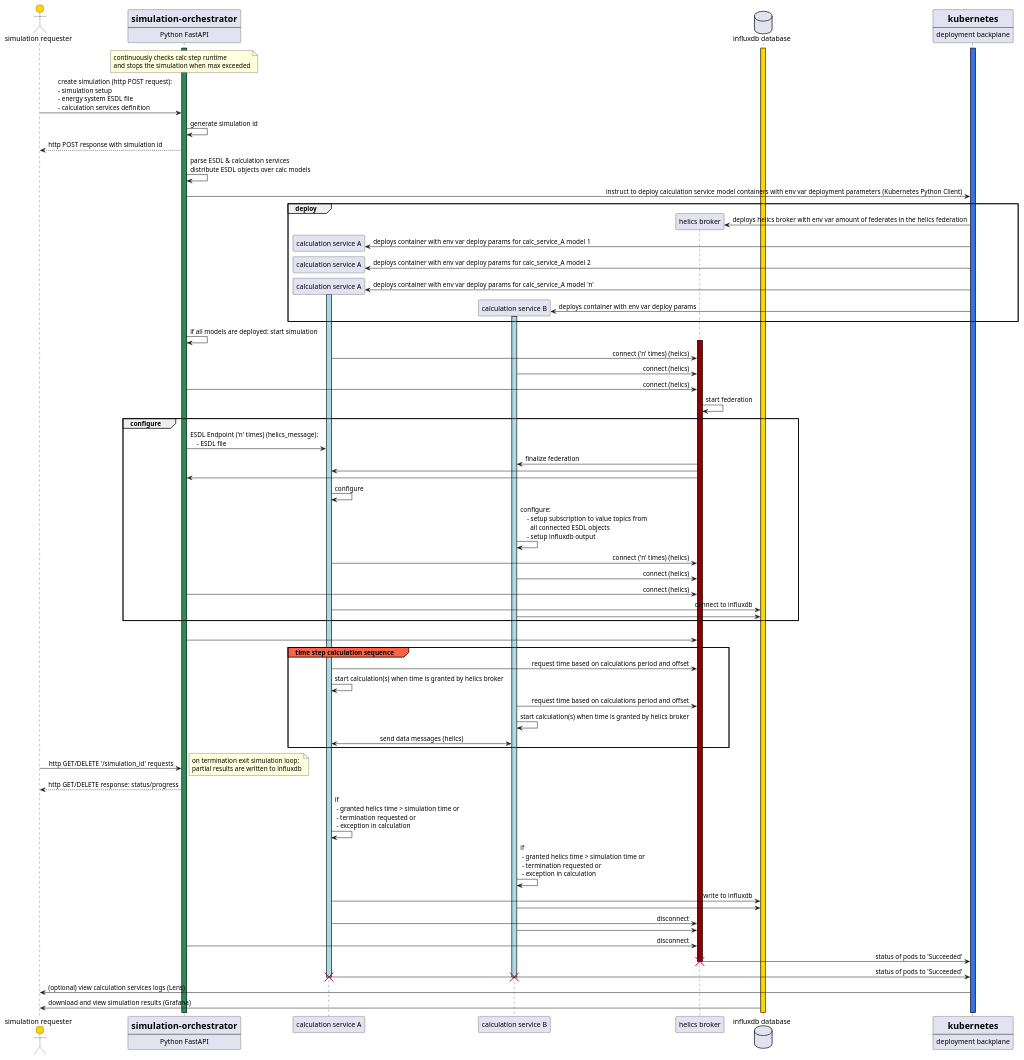
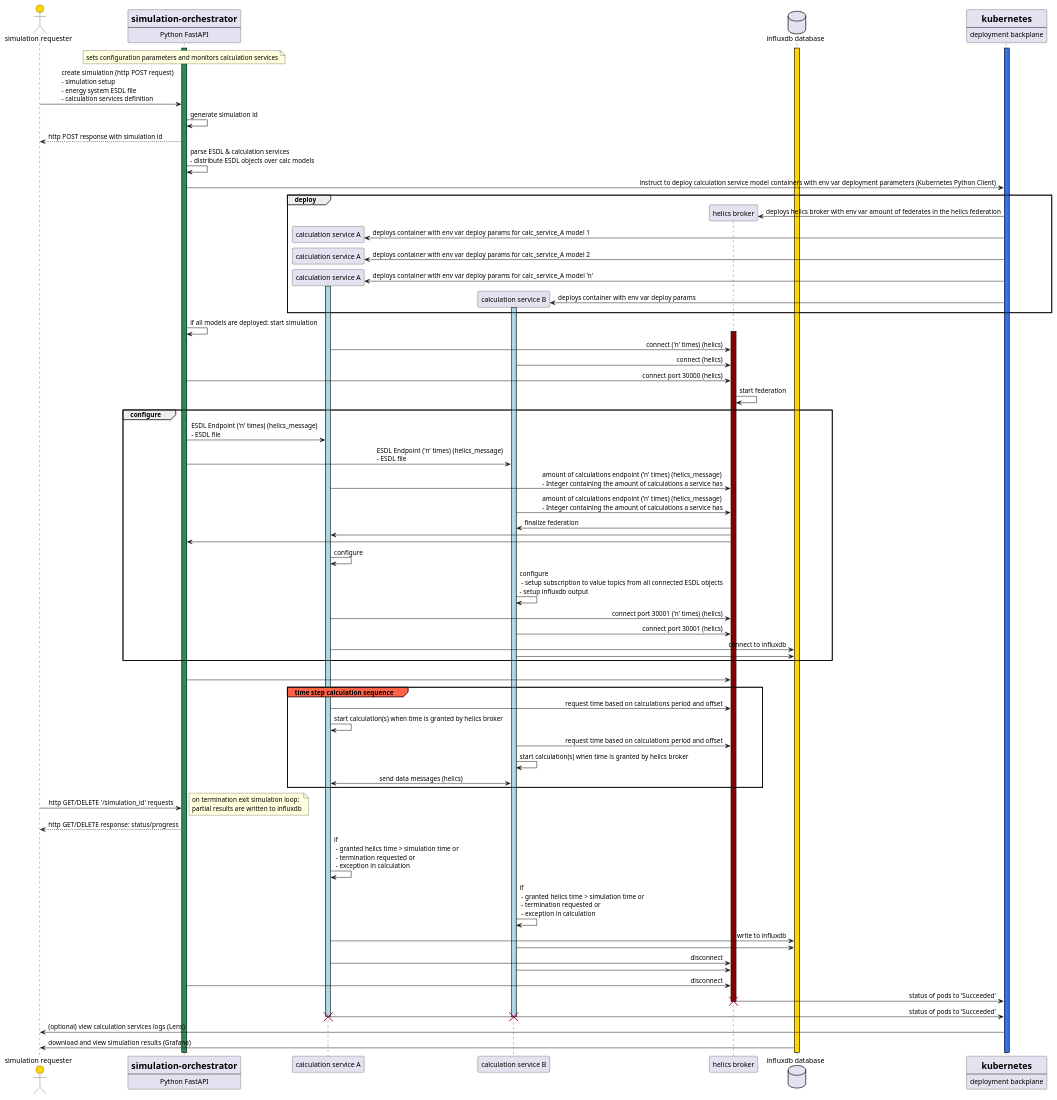
One commit to dots-energy/dots-simulation-orchestrator changed the diagram in docs/images/sources/dots_go-e_sequence_diagram.puml. Above: the diagram before and after it, drawn with PlantUML. The commit also changed 4 other files, not shown here.

```diff
--- a/docs/images/sources/dots_go-e_sequence_diagram.puml
+++ b/docs/images/sources/dots_go-e_sequence_diagram.puml
@@ -1,133 +1,126 @@
 @startuml
 skinparam sequencemessagealign reversedirection
 skinparam backgroundColor white
 'skinparam backgroundColor #EEEBDC
 
 skinparam actorBackgroundColor Gold
 
 'skinparam handwritten true
 
 actor "simulation requester" as sim_req
 participant so [
     = simulation-orchestrator
     ----
     Python FastAPI
 ]
 participant "calculation service A" as service_A
 participant "calculation service B" as service_B
 participant "helics broker" as broker
 
 database "influxdb database" as influxdb
 participant deploy_plane [
     = kubernetes
     ----
     deployment backplane
 ]
 
 activate so #seagreen
 activate influxdb #gold
 activate deploy_plane #3970e4
 
 note over so
-    continuously checks calc step runtime
-    and stops the simulation when max exceeded
+    sets configuration parameters and monitors calculation services
 end note
 
-sim_req -> so : create simulation (http POST request): \n\
-- simulation setup\n\
-- energy system ESDL file \n\
-- calculation services definition
+sim_req -> so : create simulation (http POST request)\n- simulation setup\n- energy system ESDL file\n- calculation services definition
 
 so -> so : generate simulation id
 so --> sim_req : http POST response with simulation id
 
-so -> so : parse ESDL & calculation services\n\
-distribute ESDL objects over calc models
+so -> so : parse ESDL & calculation services\n- distribute ESDL objects over calc models
 so -> deploy_plane : instruct to deploy calculation service model containers with env var deployment parameters (Kubernetes Python Client)
 
     group deploy
 
     create broker
     deploy_plane -> broker : deploys helics broker with env var amount of federates in the helics federation
     create service_A
     deploy_plane -> service_A : deploys container with env var deploy params for calc_service_A model 1
     create service_A
     deploy_plane -> service_A : deploys container with env var deploy params for calc_service_A model 2
     create service_A
     deploy_plane -> service_A : deploys container with env var deploy params for calc_service_A model 'n'
     activate service_A #lightblue
     create service_B
     deploy_plane -> service_B : deploys container with env var deploy params
     activate service_B #lightblue
 
     end
 
 so -> so : if all models are deployed: start simulation
     activate broker #darkred
     service_A -> broker : connect ('n' times) (helics)
     service_B -> broker : connect (helics)
-    so -> broker : connect (helics)
+    so -> broker : connect port 30000 (helics)
     broker -> broker : start federation
     group configure
-    so -> service_A : ESDL Endpoint ('n' times) (helics_message):\n\
-    - ESDL file
+    so -> service_A : ESDL Endpoint ('n' times) (helics_message)\n- ESDL file
+    so -> service_B : ESDL Endpoint ('n' times) (helics_message)\n- ESDL file
+    service_A -> broker : amount of calculations endpoint ('n' times) (helics_message)\n- Integer containing the amount of calculations a service has
+    service_B -> broker : amount of calculations endpoint ('n' times) (helics_message)\n- Integer containing the amount of calculations a service has
     broker -> service_B : finalize federation
     broker -> service_A :
     broker -> so
 
     service_A -> service_A : configure
-    service_B -> service_B : configure:\n\
-    - setup subscription to value topics from\n\
-      all connected ESDL objects\n\
-    - setup influxdb output
+    service_B -> service_B : configure\n - setup subscription to value topics from all connected ESDL objects\n- setup influxdb output
 
-    service_A -> broker : connect ('n' times) (helics)
-    service_B -> broker : connect (helics)
-    so -> broker : connect (helics)
+    service_A -> broker : connect port 30001 ('n' times) (helics)
+    service_B -> broker : connect port 30001 (helics)
 
     service_A -> influxdb : connect to influxdb
     service_B -> influxdb
 
 
     end
 
     group simulation loop
     so -> broker 
 
         group#tomato time step calculation sequence
         service_A -> broker : request time based on calculations period and offset
         service_A -> service_A : start calculation(s) when time is granted by helics broker
         service_B -> broker : request time based on calculations period and offset
         service_B -> service_B : start calculation(s) when time is granted by helics broker
         service_A <-> service_B : send data messages (helics)
         end
 
     sim_req -> so: http GET/DELETE '/simulation_id' requests
         note right
            on termination exit simulation loop:
            partial results are written to influxdb
         end note
     so --> sim_req: http GET/DELETE response: status/progress
 
 service_A -> service_A : if \n - granted helics time > simulation time or \n - termination requested or \n - exception in calculation
 service_B -> service_B : if \n - granted helics time > simulation time or \n - termination requested or \n - exception in calculation
 service_A -> influxdb : write to influxdb
 service_B -> influxdb :
 service_A -> broker : disconnect
 service_B -> broker :
 so -> broker : disconnect
 broker -> deploy_plane : status of pods to 'Succeeded'
 deactivate broker
 destroy broker
 service_A -> deploy_plane : status of pods to 'Succeeded'
 deactivate service_A
 destroy service_A
 deactivate service_B
 destroy service_B
 
 sim_req <- deploy_plane : (optional) view calculation services logs (Lens)
 
 sim_req <- influxdb : download and view simulation results (Grafana)
 
 'hide footbox
 @enduml
```
